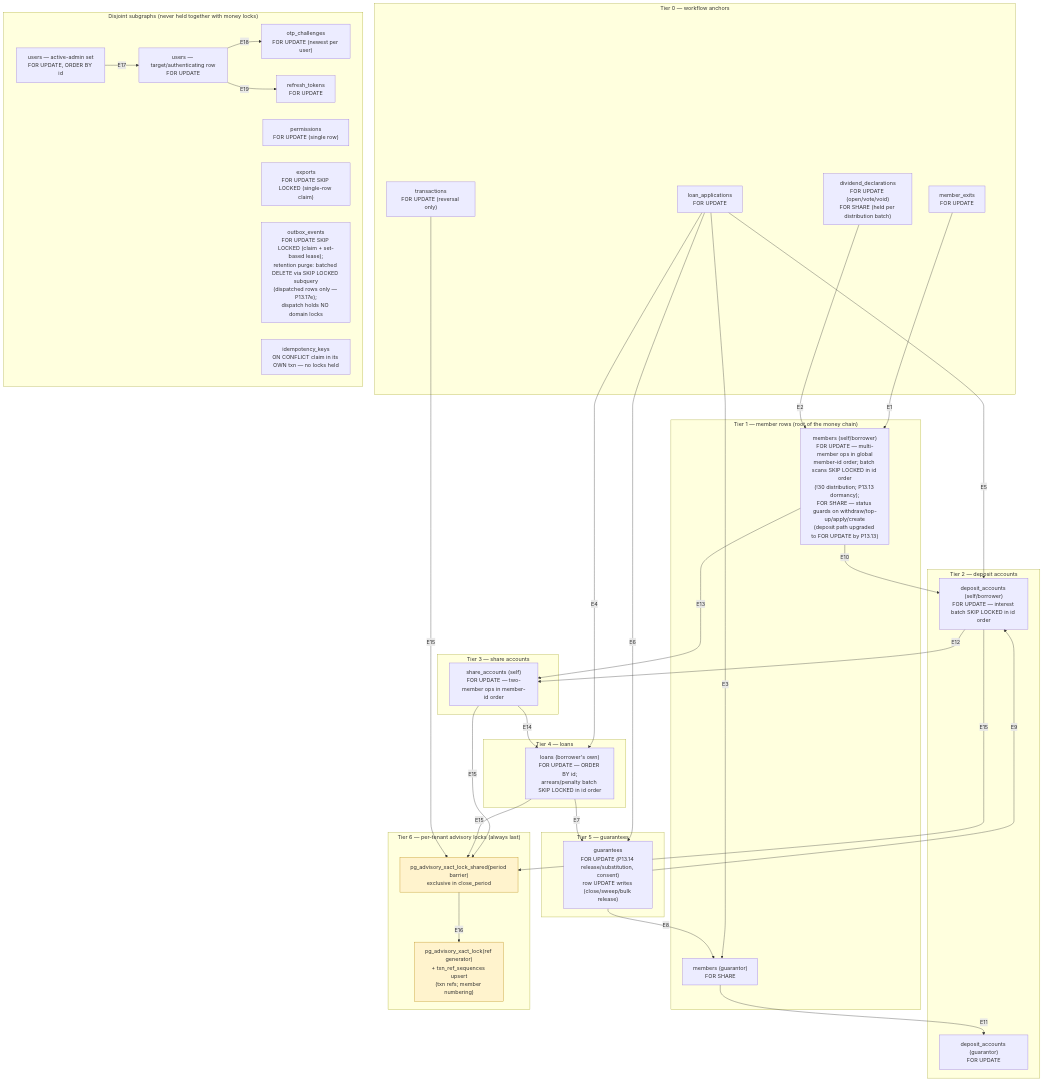
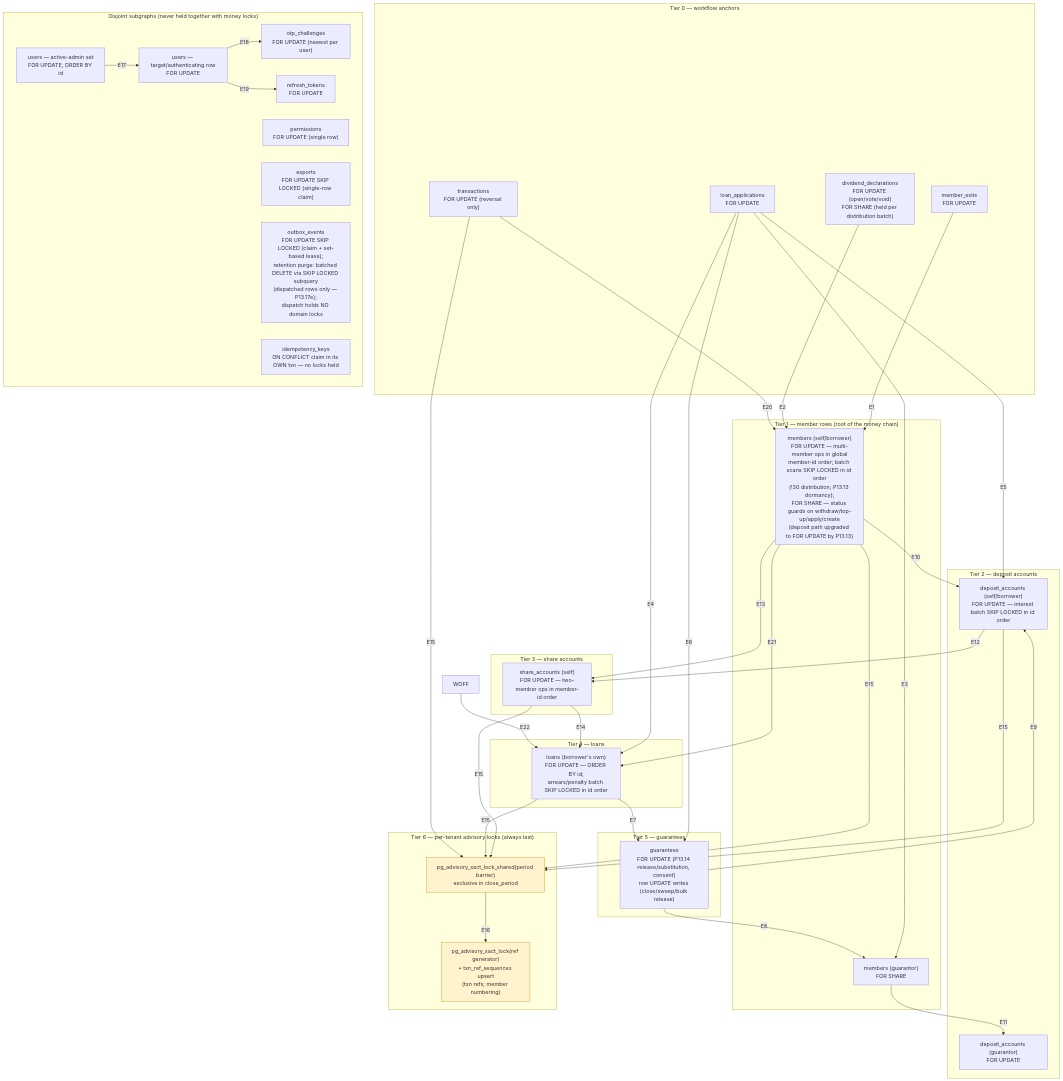
One commit to Benson-Kim/genesis-sacco changed the diagram in docs/diagrams/lock-order.md. Above: the diagram before and after it, drawn with Mermaid. The commit also changed other lines of this file and 1 other file, not shown here.

First line of the commit message:
docs(diagrams): P13.15 lock edges E20-E22 + write-off snapshot consumer (rule 11)

````diff
--- a/docs/diagrams/lock-order.md
+++ b/docs/diagrams/lock-order.md
@@ -42,78 +42,82 @@
 ```mermaid
 flowchart TD
     %% Authored against main @ bb220ad2a9056d6b0daecd646011216b20c5309d
     %% As-built update (P13.13/P13.9 flip) @ 5922b924c68c5ac18e0b097f944855a5786ea268
     %% Edge ids E1..E19 are annotated with code sites in lock-order.md §3.
 
     subgraph T0["Tier 0 — workflow anchors"]
         EXIT["member_exits<br/>FOR UPDATE"]
         DECL["dividend_declarations<br/>FOR UPDATE (open/vote/void)<br/>FOR SHARE (held per distribution batch)"]
         APP["loan_applications<br/>FOR UPDATE"]
         TXN["transactions<br/>FOR UPDATE (reversal only)"]
     end
 
     subgraph T1["Tier 1 — member rows (root of the money chain)"]
         MSELF["members (self/borrower)<br/>FOR UPDATE — multi-member ops in global<br/>member-id order; batch scans SKIP LOCKED in id order<br/>(!30 distribution; P13.13 dormancy);<br/>FOR SHARE — status guards on withdraw/top-up/apply/create<br/>(deposit path upgraded to FOR UPDATE by P13.13)"]
         MGUAR["members (guarantor)<br/>FOR SHARE"]
     end
 
     subgraph T2["Tier 2 — deposit accounts"]
         DSELF["deposit_accounts (self/borrower)<br/>FOR UPDATE — interest batch SKIP LOCKED in id order"]
         DGUAR["deposit_accounts (guarantor)<br/>FOR UPDATE"]
     end
 
     subgraph T3["Tier 3 — share accounts"]
         SSELF["share_accounts (self)<br/>FOR UPDATE — two-member ops in member-id order"]
     end
 
     subgraph T4["Tier 4 — loans"]
         LOANS["loans (borrower's own)<br/>FOR UPDATE — ORDER BY id;<br/>arrears/penalty batch SKIP LOCKED in id order"]
     end
 
     subgraph T5["Tier 5 — guarantees"]
         GUAR["guarantees<br/>FOR UPDATE (P13.14 release/substitution, consent)<br/>row UPDATE writes (close/sweep/bulk release)"]
     end
 
     subgraph T6["Tier 6 — per-tenant advisory locks (always last)"]
         ADVP["pg_advisory_xact_lock_shared(period barrier)<br/>exclusive in close_period"]
         ADVR["pg_advisory_xact_lock(ref generator)<br/>+ txn_ref_sequences upsert<br/>(txn refs; member numbering)"]
     end
 
     EXIT -->|E1| MSELF
     DECL -->|E2| MSELF
     APP -->|E3| MGUAR
     APP -->|E4| LOANS
     APP -->|E5| DSELF
     APP -->|E6| GUAR
     LOANS -->|E7| GUAR
     GUAR -->|E8| MGUAR
     GUAR -->|E9| DSELF
     MSELF -->|E10| DSELF
     MGUAR -->|E11| DGUAR
     DSELF -->|E12| SSELF
     MSELF -->|E13| SSELF
     SSELF -->|E14| LOANS
+    TXN -->|E20| MSELF
+    MSELF -->|E21| LOANS
+    WOFF -->|E22| LOANS
     DSELF -->|E15| ADVP
     SSELF -->|E15| ADVP
     LOANS -->|E15| ADVP
     TXN -->|E15| ADVP
+    MSELF -->|E15| ADVP
     ADVP -->|E16| ADVR
 
     subgraph ISO["Disjoint subgraphs (never held together with money locks)"]
         UADM["users — active-admin set<br/>FOR UPDATE, ORDER BY id"]
         UTGT["users — target/authenticating row<br/>FOR UPDATE"]
         OTP["otp_challenges<br/>FOR UPDATE (newest per user)"]
         RT["refresh_tokens<br/>FOR UPDATE"]
         PERM["permissions<br/>FOR UPDATE (single row)"]
         EXP["exports<br/>FOR UPDATE SKIP LOCKED (single-row claim)"]
         OBX["outbox_events<br/>FOR UPDATE SKIP LOCKED (claim + set-based lease);<br/>retention purge: batched DELETE via SKIP LOCKED subquery<br/>(dispatched rows only — P13.17e);<br/>dispatch holds NO domain locks"]
         IDEM["idempotency_keys<br/>ON CONFLICT claim in its OWN txn — no locks held"]
         UADM -->|E17| UTGT
         UTGT -->|E18| OTP
         UTGT -->|E19| RT
     end
 
     classDef advisory fill:#fff3cd,stroke:#b8860b;
     classDef incoming fill:#f8f9fa,stroke:#999,stroke-dasharray: 5 5;
     class ADVP,ADVR advisory;
 ```
````
